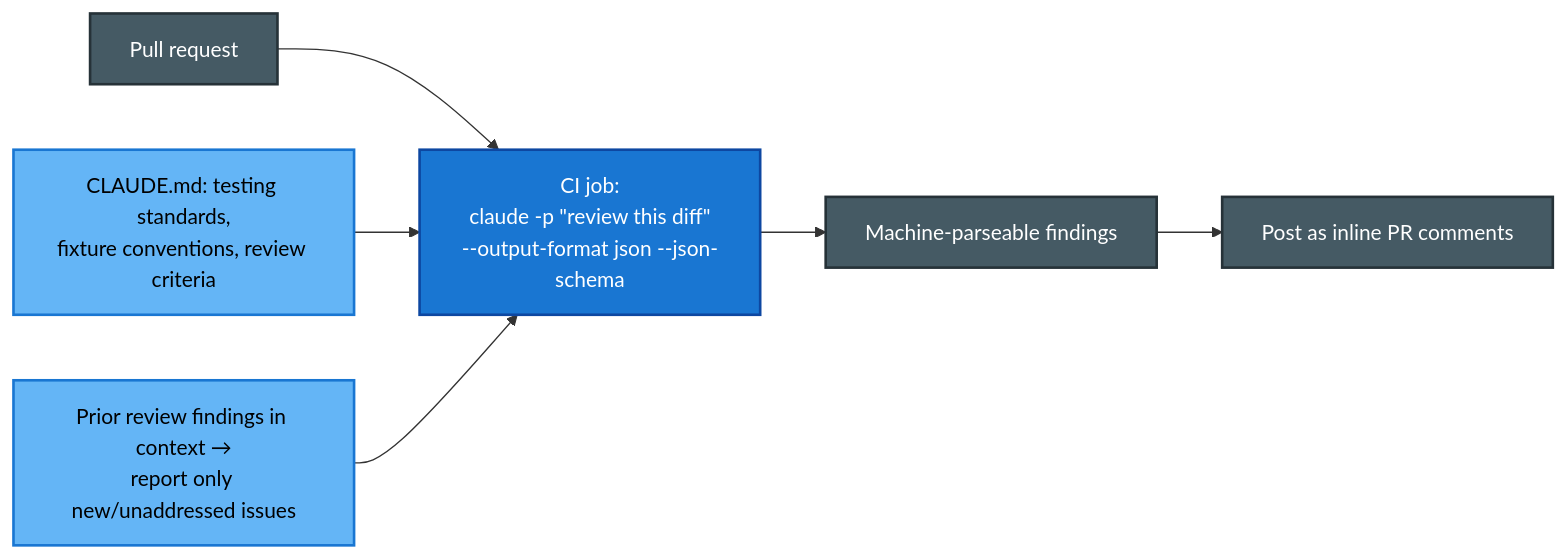
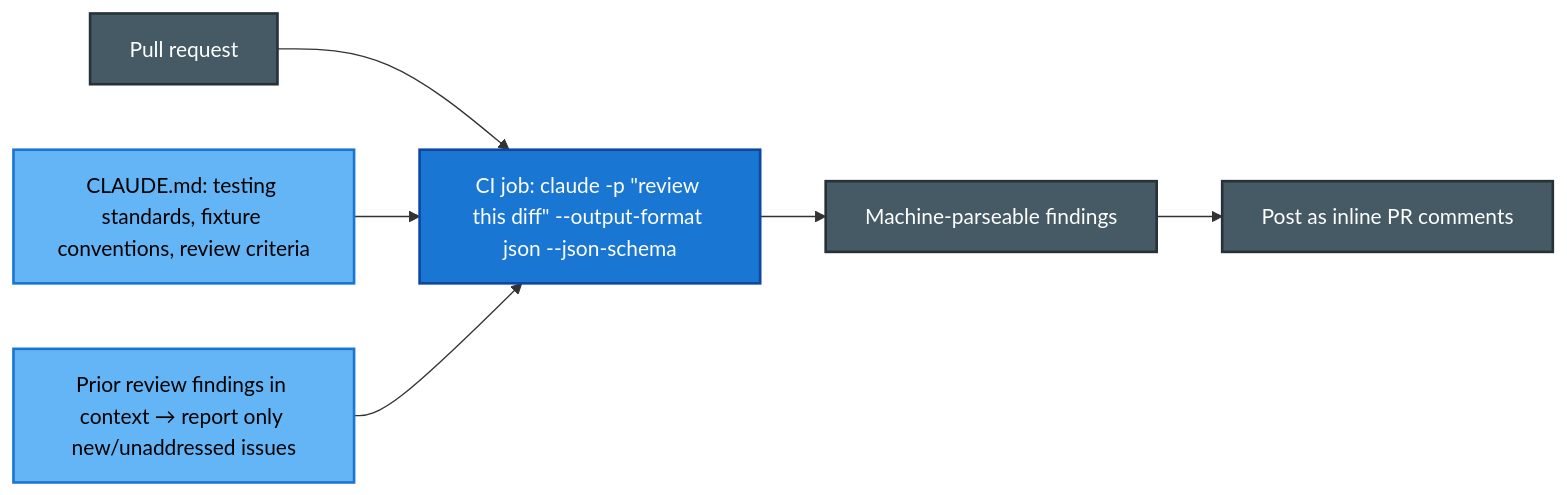
The fourth of 12 diagrams in CCA-F/domains/d3-claude-code.md (parmar-m/claude-architect-certification-prep), drawn with Mermaid before and after one commit. The commit also changed other lines of this file and 25 other files, not shown here.

````diff
--- a/CCA-F/domains/d3-claude-code.md
+++ b/CCA-F/domains/d3-claude-code.md
@@ -184,14 +184,14 @@
 ```mermaid
 flowchart LR
-    PR[Pull request] --> CI["CI job:<br/>claude -p &quot;review this diff&quot;<br/>--output-format json --json-schema"]
-    CLAUDEMD["CLAUDE.md: testing standards,<br/>fixture conventions, review criteria"] --> CI
+    PR[Pull request] --> CI["CI job: claude -p &quot;review this diff&quot; --output-format json --json-schema"]
+    CLAUDEMD["CLAUDE.md: testing standards, fixture conventions, review criteria"] --> CI
     CI --> OUT["Machine-parseable findings"]
     OUT --> POST["Post as inline PR comments"]
-    PRIOR["Prior review findings in context →<br/>report only new/unaddressed issues"] --> CI
+    PRIOR["Prior review findings in context → report only new/unaddressed issues"] --> CI
     classDef ci fill:#1976D2,color:#fff,stroke:#0D47A1,stroke-width:2px
     classDef in fill:#64B5F6,color:#000,stroke:#1976D2,stroke-width:2px
     classDef io fill:#455A64,color:#fff,stroke:#263238,stroke-width:2px
     class CI ci
     class CLAUDEMD,PRIOR in
     class PR,OUT,POST io
 ```
````
